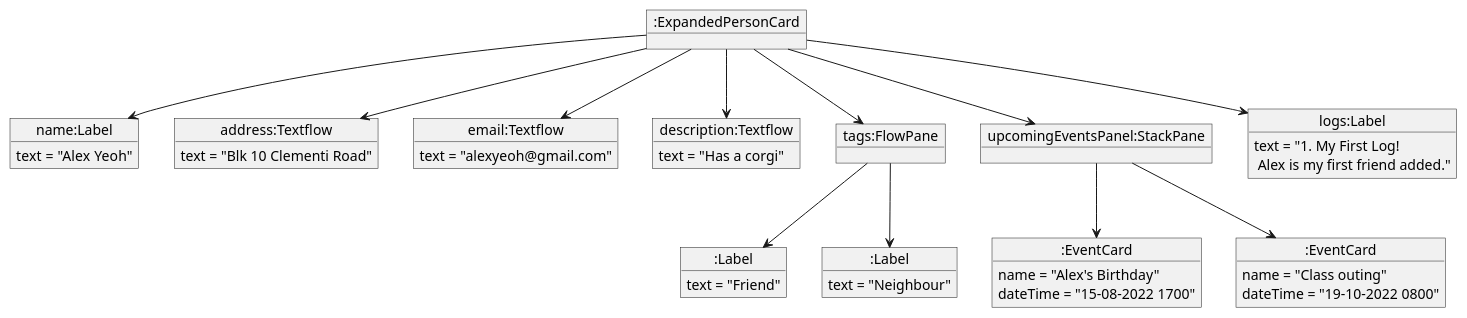
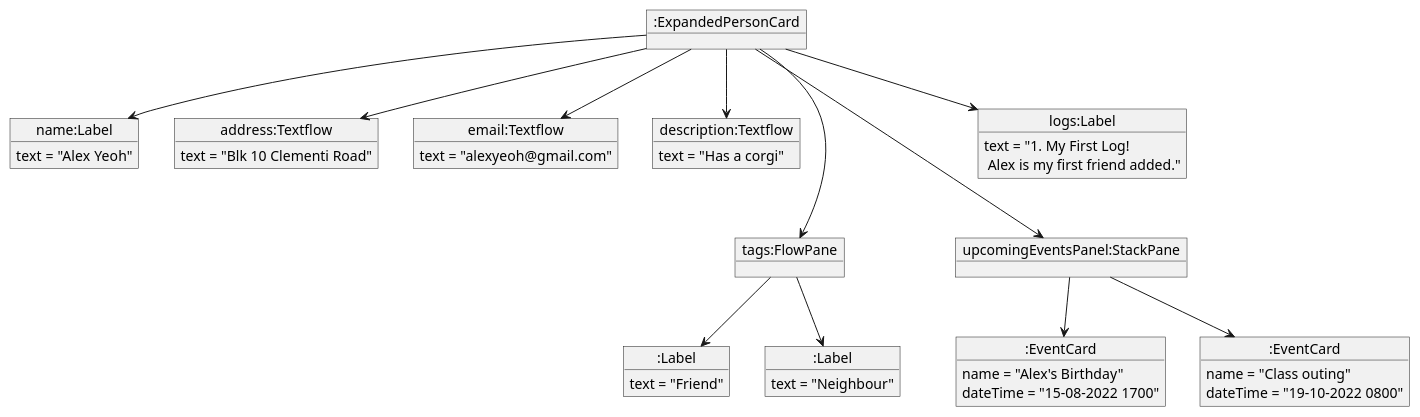
The diagram in docs/diagrams/ExpandedPersonCardObjectDiagram.puml (nus-cs2103-AY2122S2/tp), drawn with PlantUML before and after one commit. The commit also changed 4 other files, not shown here.

Commit message:
Update DG user story and ExpandedPersonCard diagram and fix minor typo in UG

```diff
--- a/docs/diagrams/ExpandedPersonCardObjectDiagram.puml
+++ b/docs/diagrams/ExpandedPersonCardObjectDiagram.puml
@@ -3,41 +3,43 @@
 @startuml
 
 
 object ":ExpandedPersonCard" as expcard
 object "name:Label" as name
 object "address:Textflow" as address
 object "email:Textflow" as email
 object "description:Textflow" as description
 object "tags:FlowPane" as tags
 object "upcomingEventsPanel:StackPane" as upcomingEvents
 object "logs:Label" as logs
 object ":Label" as tagLabelOne
 object ":Label" as tagLabelTwo
 object ":EventCard" as EventCardOne
 object ":EventCard" as EventCardTwo
 
 name : text = "Alex Yeoh"
 address : text = "Blk 10 Clementi Road"
 email : text = "alexyeoh@gmail.com"
 description : text = "Has a corgi"
 tagLabelOne : text = "Friend"
 tagLabelTwo : text = "Neighbour"
 logs : text = "1. My First Log! \n Alex is my first friend added."
 EventCardOne : name = "Alex's Birthday"
 EventCardOne : dateTime = "15-08-2022 1700"
 EventCardTwo : name = "Class outing"
 EventCardTwo : dateTime = "19-10-2022 0800"
 
 expcard -down-> name
 expcard -down-> address
 expcard -down-> email
 expcard -down-> description
 expcard -down-> upcomingEvents
 upcomingEvents -down-> EventCardOne
 upcomingEvents -down-> EventCardTwo
 expcard -down-> tags
 expcard -down-> logs
+description -[hidden]-> tags
+logs -[hidden]-> upcomingEvents
 tags -down-> tagLabelOne
 tags -down-> tagLabelTwo
 
 @enduml
```
